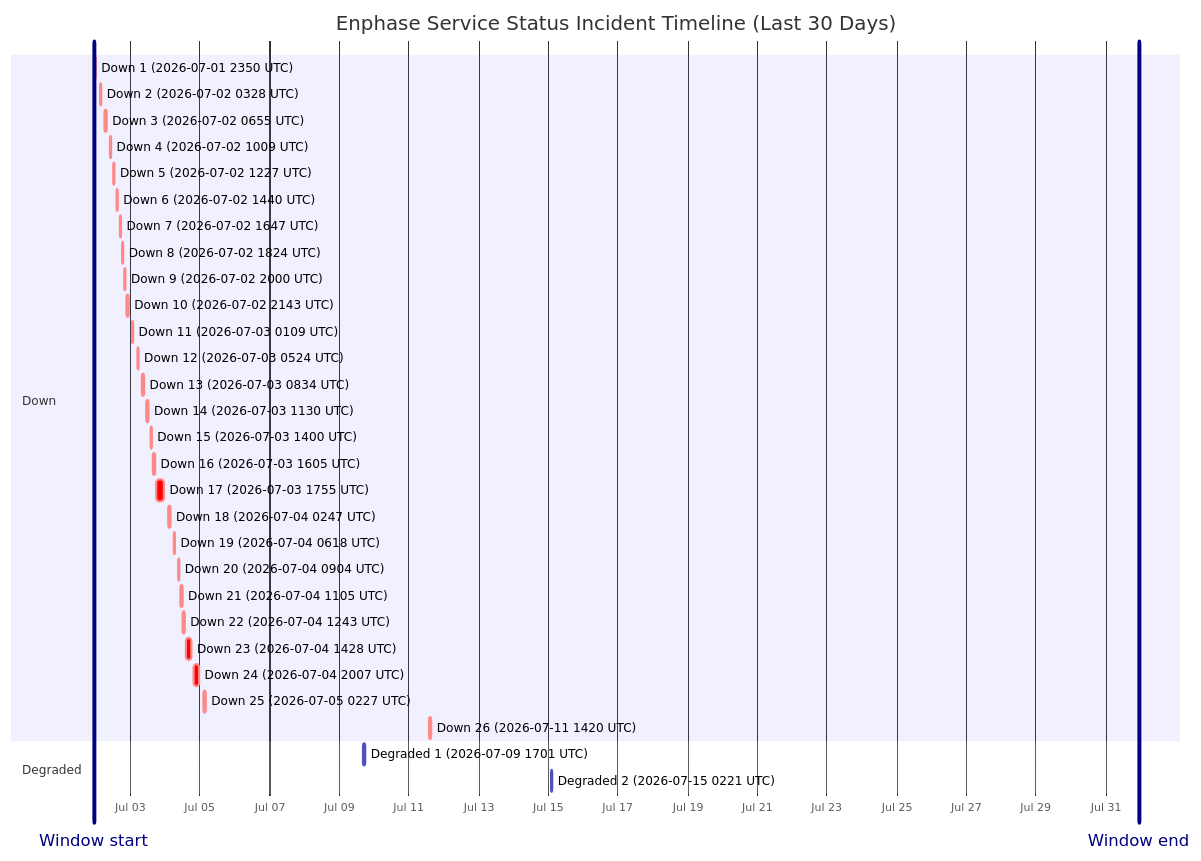
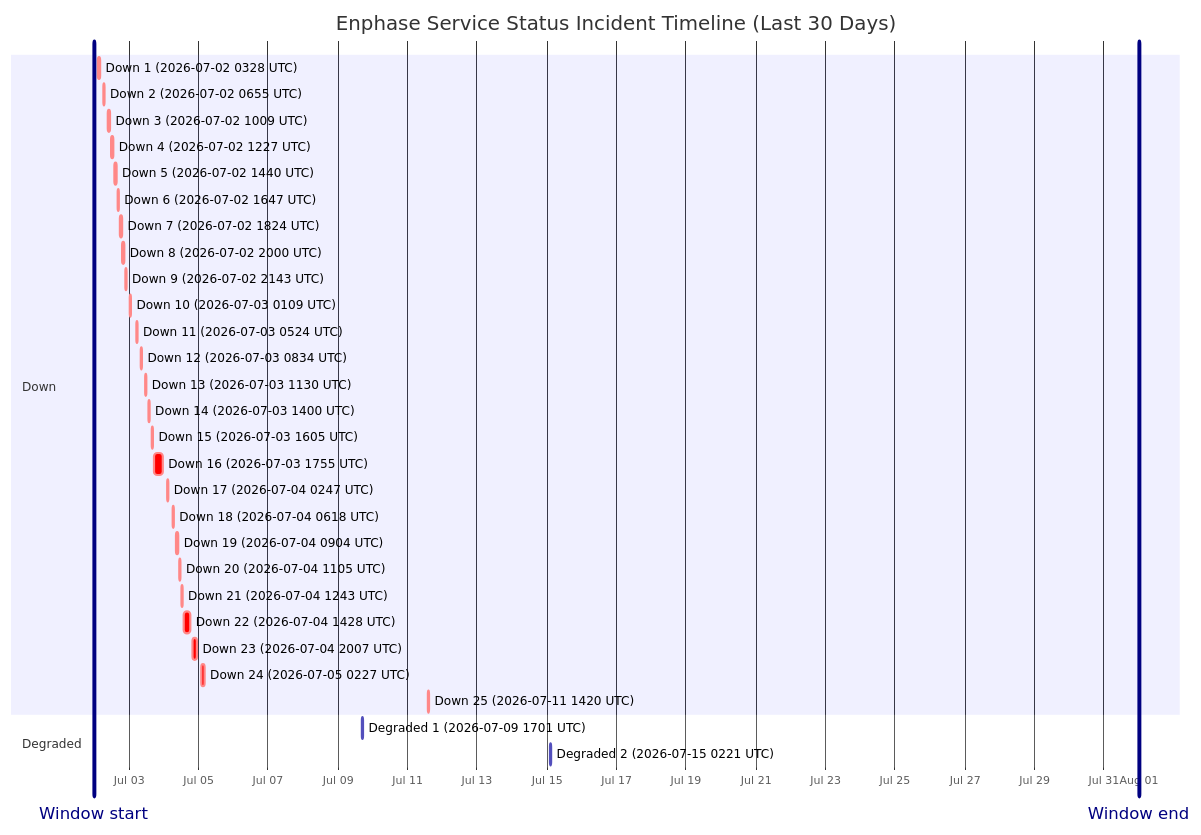
The diagram in wiki/Service-Status-History.md (barneyonline/ha-enphase-energy), drawn with Mermaid before and after one commit. The commit also changed other lines of this file and 3 other files, not shown here.

````diff
--- a/wiki/Service-Status-History.md
+++ b/wiki/Service-Status-History.md
@@ -14,38 +14,37 @@
 ```mermaid
 gantt
     title Enphase Service Status Incident Timeline (Last 30 Days)
     dateFormat  YYYY-MM-DDTHH:mm:ss
     axisFormat  %b %d
-    Window start :vert, window-start, 2026-07-01T22:58:03, 0ms
-    Window end :vert, window-end, 2026-07-31T22:58:03, 0ms
+    Window start :vert, window-start, 2026-07-02T00:04:42, 0ms
+    Window end :vert, window-end, 2026-08-01T00:04:42, 0ms
     section Down
-    Down 1 (2026-07-01 2350 UTC) :crit, down-1, 2026-07-01T23:50:52, 60m
-    Down 2 (2026-07-02 0328 UTC) :crit, down-2, 2026-07-02T03:28:33, 60m
-    Down 3 (2026-07-02 0655 UTC) :crit, down-3, 2026-07-02T06:55:07, 60m
-    Down 4 (2026-07-02 1009 UTC) :crit, down-4, 2026-07-02T10:09:15, 60m
-    Down 5 (2026-07-02 1227 UTC) :crit, down-5, 2026-07-02T12:27:49, 60m
-    Down 6 (2026-07-02 1440 UTC) :crit, down-6, 2026-07-02T14:40:53, 60m
-    Down 7 (2026-07-02 1647 UTC) :crit, down-7, 2026-07-02T16:47:47, 60m
-    Down 8 (2026-07-02 1824 UTC) :crit, down-8, 2026-07-02T18:24:26, 60m
-    Down 9 (2026-07-02 2000 UTC) :crit, down-9, 2026-07-02T20:00:57, 60m
-    Down 10 (2026-07-02 2143 UTC) :crit, down-10, 2026-07-02T21:43:52, 80m
-    Down 11 (2026-07-03 0109 UTC) :crit, down-11, 2026-07-03T01:09:19, 60m
-    Down 12 (2026-07-03 0524 UTC) :crit, down-12, 2026-07-03T05:24:23, 60m
-    Down 13 (2026-07-03 0834 UTC) :crit, down-13, 2026-07-03T08:34:05, 60m
-    Down 14 (2026-07-03 1130 UTC) :crit, down-14, 2026-07-03T11:30:41, 60m
-    Down 15 (2026-07-03 1400 UTC) :crit, down-15, 2026-07-03T14:00:48, 60m
-    Down 16 (2026-07-03 1605 UTC) :crit, down-16, 2026-07-03T16:05:49, 60m
-    Down 17 (2026-07-03 1755 UTC) :crit, down-17, 2026-07-03T17:55:54, 338m
-    Down 18 (2026-07-04 0247 UTC) :crit, down-18, 2026-07-04T02:47:22, 60m
-    Down 19 (2026-07-04 0618 UTC) :crit, down-19, 2026-07-04T06:18:09, 60m
-    Down 20 (2026-07-04 0904 UTC) :crit, down-20, 2026-07-04T09:04:41, 60m
-    Down 21 (2026-07-04 1105 UTC) :crit, down-21, 2026-07-04T11:05:21, 60m
-    Down 22 (2026-07-04 1243 UTC) :crit, down-22, 2026-07-04T12:43:25, 60m
-    Down 23 (2026-07-04 1428 UTC) :crit, down-23, 2026-07-04T14:28:07, 243m
-    Down 24 (2026-07-04 2007 UTC) :crit, down-24, 2026-07-04T20:07:50, 206m
-    Down 25 (2026-07-05 0227 UTC) :crit, down-25, 2026-07-05T02:27:32, 109m
-    Down 26 (2026-07-11 1420 UTC) :crit, down-26, 2026-07-11T14:20:54, 69m
+    Down 1 (2026-07-02 0328 UTC) :crit, down-1, 2026-07-02T03:28:33, 60m
+    Down 2 (2026-07-02 0655 UTC) :crit, down-2, 2026-07-02T06:55:07, 60m
+    Down 3 (2026-07-02 1009 UTC) :crit, down-3, 2026-07-02T10:09:15, 60m
+    Down 4 (2026-07-02 1227 UTC) :crit, down-4, 2026-07-02T12:27:49, 60m
+    Down 5 (2026-07-02 1440 UTC) :crit, down-5, 2026-07-02T14:40:53, 60m
+    Down 6 (2026-07-02 1647 UTC) :crit, down-6, 2026-07-02T16:47:47, 60m
+    Down 7 (2026-07-02 1824 UTC) :crit, down-7, 2026-07-02T18:24:26, 60m
+    Down 8 (2026-07-02 2000 UTC) :crit, down-8, 2026-07-02T20:00:57, 60m
+    Down 9 (2026-07-02 2143 UTC) :crit, down-9, 2026-07-02T21:43:52, 80m
+    Down 10 (2026-07-03 0109 UTC) :crit, down-10, 2026-07-03T01:09:19, 60m
+    Down 11 (2026-07-03 0524 UTC) :crit, down-11, 2026-07-03T05:24:23, 60m
+    Down 12 (2026-07-03 0834 UTC) :crit, down-12, 2026-07-03T08:34:05, 60m
+    Down 13 (2026-07-03 1130 UTC) :crit, down-13, 2026-07-03T11:30:41, 60m
+    Down 14 (2026-07-03 1400 UTC) :crit, down-14, 2026-07-03T14:00:48, 60m
+    Down 15 (2026-07-03 1605 UTC) :crit, down-15, 2026-07-03T16:05:49, 60m
+    Down 16 (2026-07-03 1755 UTC) :crit, down-16, 2026-07-03T17:55:54, 338m
+    Down 17 (2026-07-04 0247 UTC) :crit, down-17, 2026-07-04T02:47:22, 60m
+    Down 18 (2026-07-04 0618 UTC) :crit, down-18, 2026-07-04T06:18:09, 60m
+    Down 19 (2026-07-04 0904 UTC) :crit, down-19, 2026-07-04T09:04:41, 60m
+    Down 20 (2026-07-04 1105 UTC) :crit, down-20, 2026-07-04T11:05:21, 60m
+    Down 21 (2026-07-04 1243 UTC) :crit, down-21, 2026-07-04T12:43:25, 60m
+    Down 22 (2026-07-04 1428 UTC) :crit, down-22, 2026-07-04T14:28:07, 243m
+    Down 23 (2026-07-04 2007 UTC) :crit, down-23, 2026-07-04T20:07:50, 206m
+    Down 24 (2026-07-05 0227 UTC) :crit, down-24, 2026-07-05T02:27:32, 109m
+    Down 25 (2026-07-11 1420 UTC) :crit, down-25, 2026-07-11T14:20:54, 69m
     section Degraded
     Degraded 1 (2026-07-09 1701 UTC) :active, degraded-1, 2026-07-09T17:01:02, 60m
     Degraded 2 (2026-07-15 0221 UTC) :active, degraded-2, 2026-07-15T02:21:35, 60m
 ```
````
